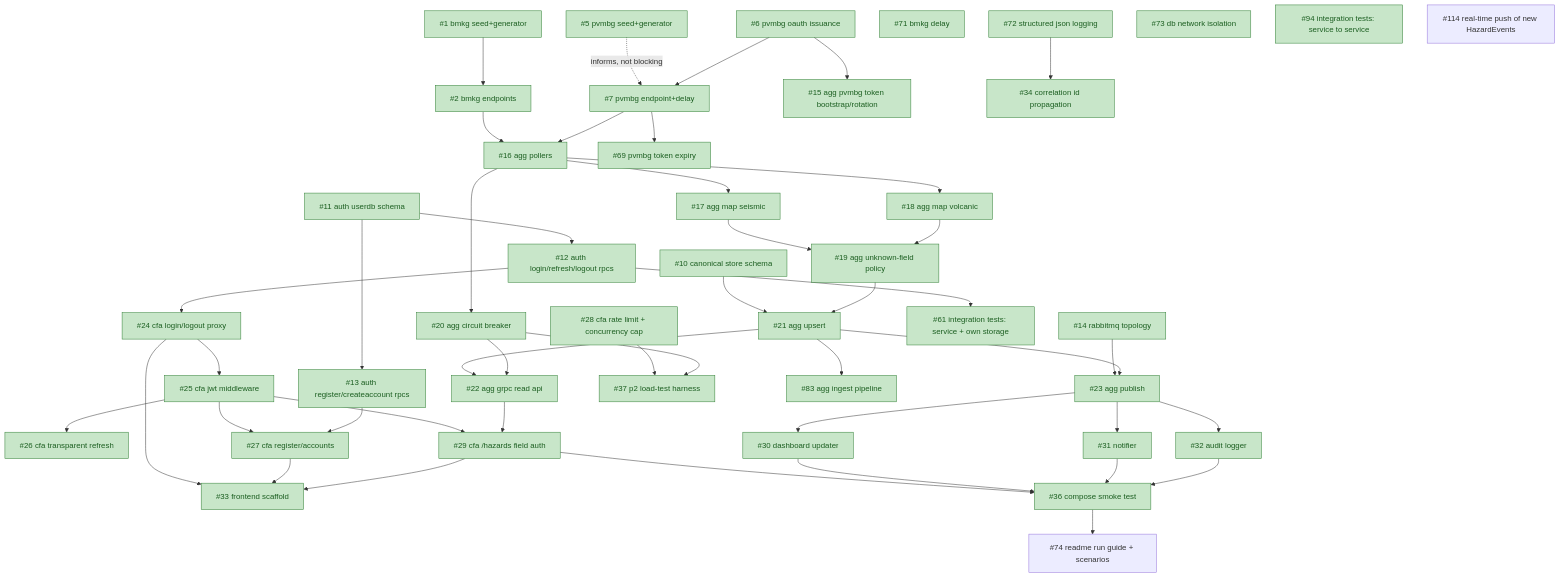
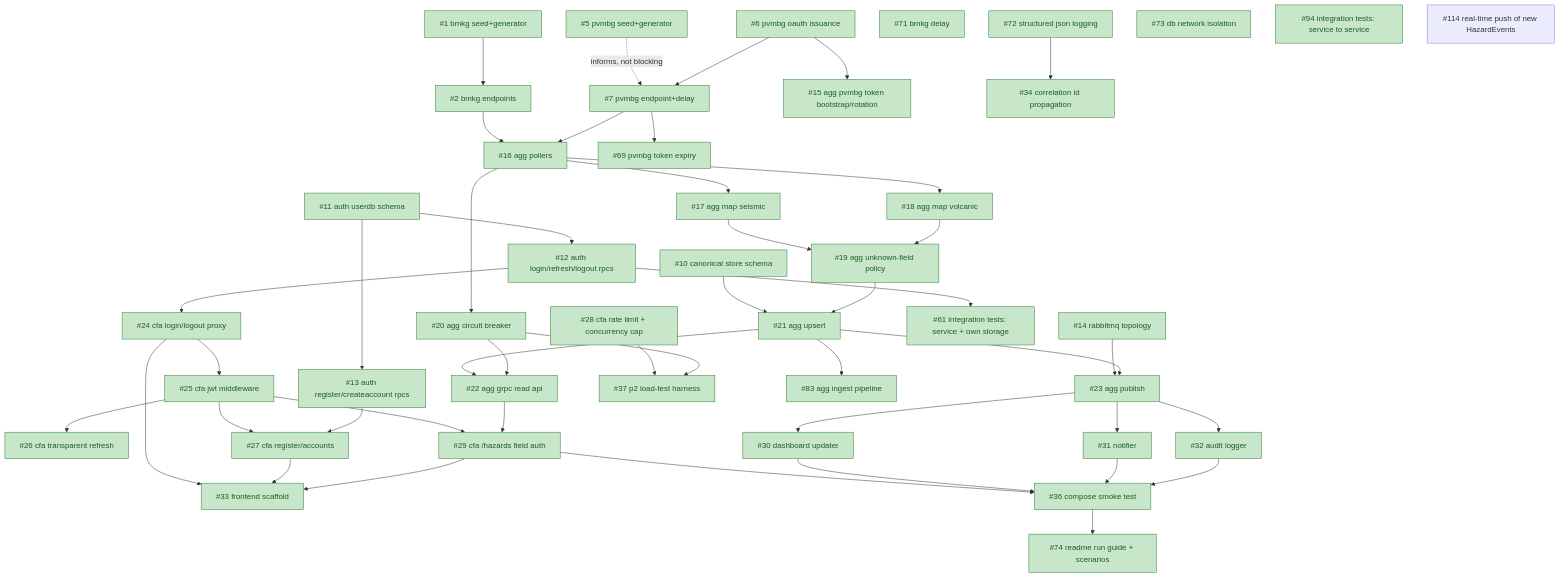
One commit to brii26/distributed-hazard-coordination changed the diagram in doc/BACKLOG_DEPENDENCIES.md. Above: the diagram before and after it, drawn with Mermaid. The commit also changed other lines of this file and 3 other files, not shown here.

````diff
--- a/doc/BACKLOG_DEPENDENCIES.md
+++ b/doc/BACKLOG_DEPENDENCIES.md
@@ -18,64 +17,64 @@
 ```mermaid
 graph TD
   1["#1 bmkg seed+generator"] --> 2["#2 bmkg endpoints"]
   5["#5 pvmbg seed+generator"] -.->|informs, not blocking| 7
 
   6["#6 pvmbg oauth issuance"] --> 15["#15 agg pvmbg token bootstrap/rotation"]
   6 --> 7["#7 pvmbg endpoint+delay"]
   7 --> 69["#69 pvmbg token expiry"]
 
   2 --> 16["#16 agg pollers"]
   7 --> 16
   16 --> 17["#17 agg map seismic"]
   16 --> 18["#18 agg map volcanic"]
   16 --> 20["#20 agg circuit breaker"]
   17 --> 19["#19 agg unknown-field policy"]
   18 --> 19
 
   10["#10 canonical store schema"] --> 21["#21 agg upsert"]
   19 --> 21
   21 --> 22["#22 agg grpc read api"]
   20 --> 22
 
   14["#14 rabbitmq topology"] --> 23["#23 agg publish"]
   21 --> 23
   21 --> 83["#83 agg ingest pipeline"]
 
   11["#11 auth userdb schema"] --> 12["#12 auth login/refresh/logout rpcs"]
   11 --> 13["#13 auth register/createaccount rpcs"]
 
   12 --> 24["#24 cfa login/logout proxy"]
   12 --> 61["#61 integration tests: service + own storage"]
   24 --> 25["#25 cfa jwt middleware"]
   25 --> 26["#26 cfa transparent refresh"]
   25 --> 27["#27 cfa register/accounts"]
   13 --> 27
   25 --> 29["#29 cfa /hazards field auth"]
   22 --> 29
 
   23 --> 30["#30 dashboard updater"]
   23 --> 31["#31 notifier"]
   23 --> 32["#32 audit logger"]
 
   24 --> 33["#33 frontend scaffold"]
   27 --> 33
   29 --> 33
 
   29 --> 36["#36 compose smoke test"]
   30 --> 36
   31 --> 36
   32 --> 36
 
   28["#28 cfa rate limit + concurrency cap"] --> 37["#37 p2 load-test harness"]
   20 --> 37
 
   72["#72 structured json logging"] --> 34["#34 correlation id propagation"]
   36 --> 74["#74 readme run guide + scenarios"]
   71["#71 bmkg delay"]
   73["#73 db network isolation"]
   94["#94 integration tests: service to service"]
   114["#114 real-time push of new HazardEvents"]
 
   classDef done fill:#c8e6c9,stroke:#2e7d32,color:#1b5e20
-  class 1,2,5,6,7,10,11,12,13,14,15,16,17,18,19,20,21,22,23,24,25,26,27,28,29,30,31,32,33,34,35,36,37,61,69,71,72,73,83,94 done
+  class 1,2,5,6,7,10,11,12,13,14,15,16,17,18,19,20,21,22,23,24,25,26,27,28,29,30,31,32,33,34,35,36,37,61,69,71,72,73,74,83,94 done
 ```
````
